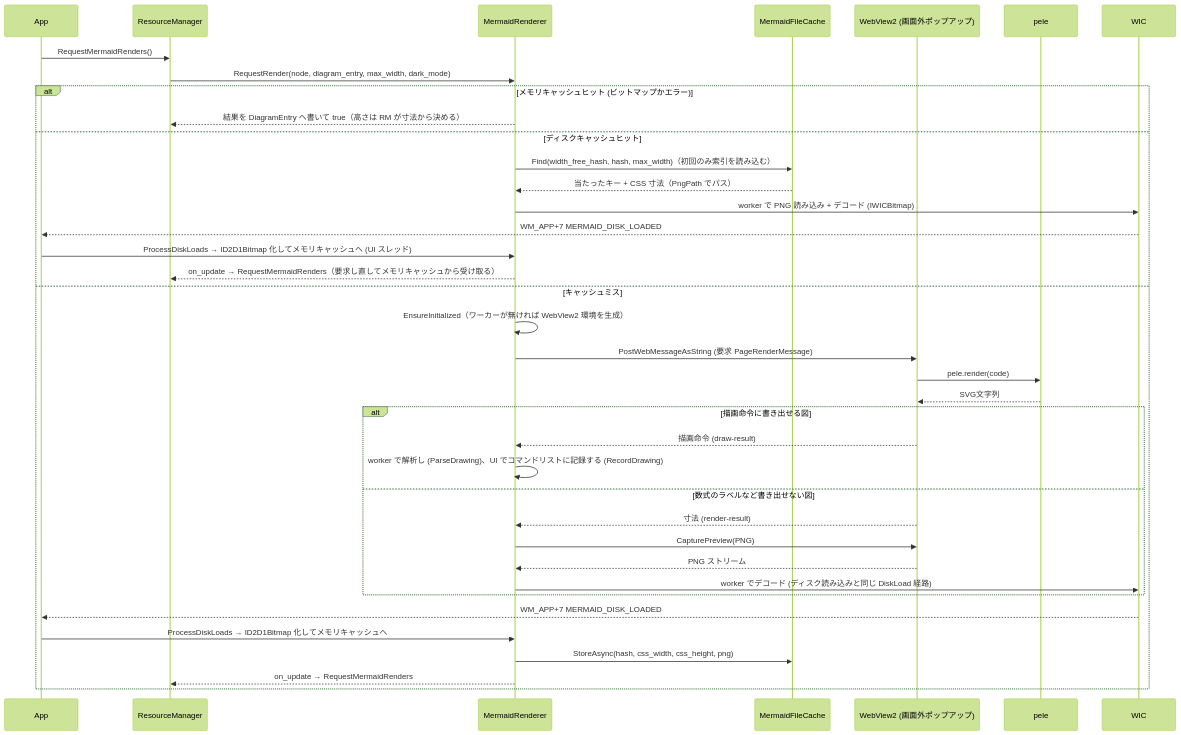
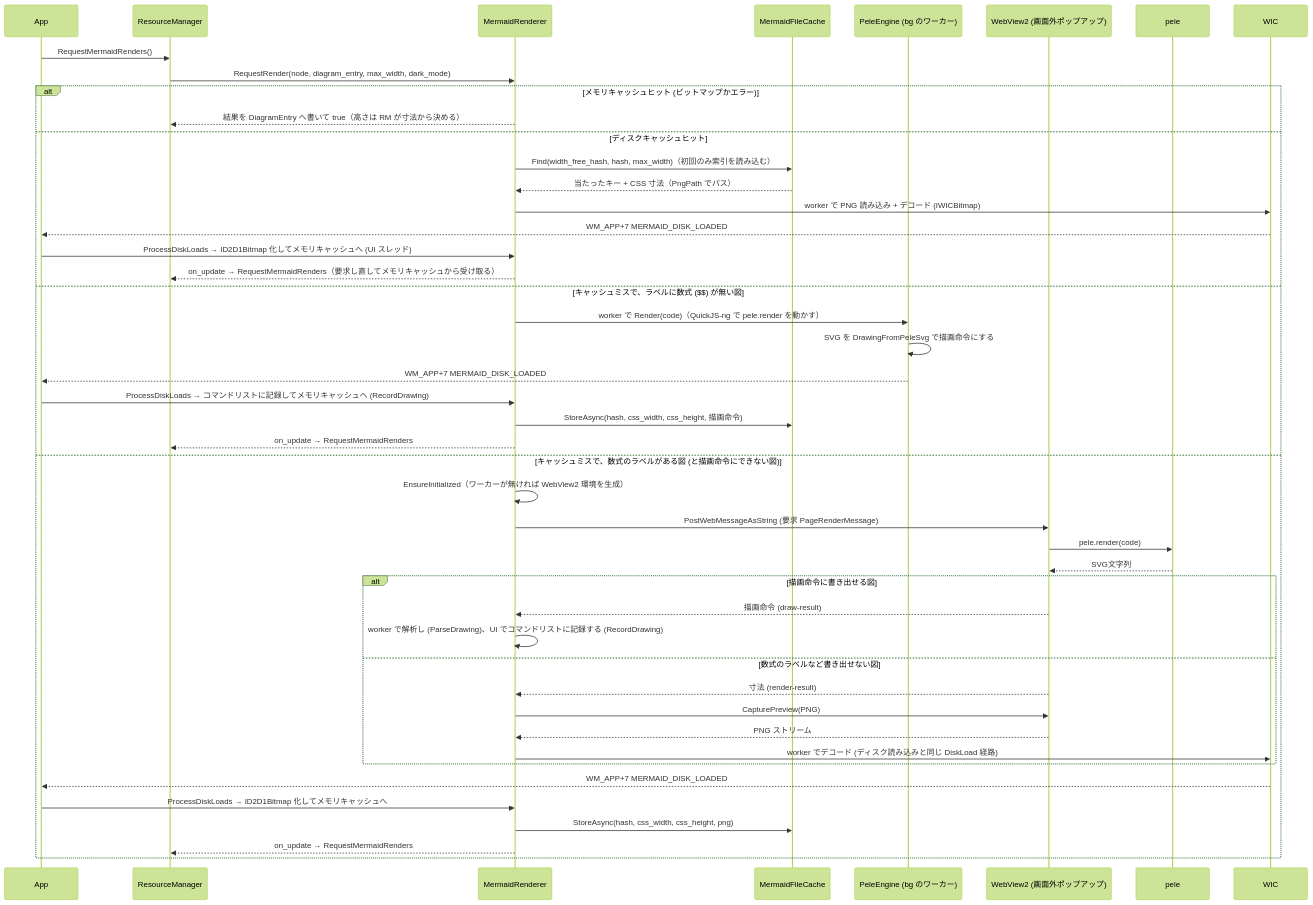
One commit to tanaton/mendo changed diagram 11 of 27 in example/test.md. Above: the diagram before and after it, drawn with Mermaid (forest theme). The commit also changed other lines of this file and 13 other files, not shown here.

````diff
--- a/example/test.md
+++ b/example/test.md
@@ -1557,41 +1557,49 @@
 ```mermaid
 sequenceDiagram
     participant APP as App
     participant RM as ResourceManager
     participant MR as MermaidRenderer
     participant FC as MermaidFileCache
+    participant PE as PeleEngine (bg のワーカー)
     participant WV as WebView2 (画面外ポップアップ)
     participant JS as pele
     participant WIC as WIC
 
     APP->>RM: RequestMermaidRenders()
     RM->>MR: RequestRender(node, diagram_entry, max_width, dark_mode)
     alt メモリキャッシュヒット (ビットマップかエラー)
         MR-->>RM: 結果を DiagramEntry へ書いて true（高さは RM が寸法から決める）
     else ディスクキャッシュヒット
         MR->>FC: Find(width_free_hash, hash, max_width)（初回のみ索引を読み込む）
         FC-->>MR: 当たったキー + CSS 寸法（PngPath でパス）
         MR->>WIC: worker で PNG 読み込み + デコード (IWICBitmap)
         WIC-->>APP: WM_APP+7 MERMAID_DISK_LOADED
         APP->>MR: ProcessDiskLoads → ID2D1Bitmap 化してメモリキャッシュへ (UI スレッド)
         MR-->>RM: on_update → RequestMermaidRenders（要求し直してメモリキャッシュから受け取る）
-    else キャッシュミス
+    else キャッシュミスで、ラベルに数式 ($$) が無い図
+        MR->>PE: worker で Render(code)（QuickJS-ng で pele.render を動かす）
+        PE->>PE: SVG を DrawingFromPeleSvg で描画命令にする
+        PE-->>APP: WM_APP+7 MERMAID_DISK_LOADED
+        APP->>MR: ProcessDiskLoads → コマンドリストに記録してメモリキャッシュへ (RecordDrawing)
+        MR->>FC: StoreAsync(hash, css_width, css_height, 描画命令)
+        MR-->>RM: on_update → RequestMermaidRenders
+    else キャッシュミスで、数式のラベルがある図 (と描画命令にできない図)
         MR->>MR: EnsureInitialized（ワーカーが無ければ WebView2 環境を生成）
         MR->>WV: PostWebMessageAsString (要求 PageRenderMessage)
         WV->>JS: pele.render(code)
         JS-->>WV: SVG文字列
         alt 描画命令に書き出せる図
             WV-->>MR: 描画命令 (draw-result)
             MR->>MR: worker で解析し (ParseDrawing)、UI でコマンドリストに記録する (RecordDrawing)
         else 数式のラベルなど書き出せない図
             WV-->>MR: 寸法 (render-result)
             MR->>WV: CapturePreview(PNG)
             WV-->>MR: PNG ストリーム
             MR->>WIC: worker でデコード (ディスク読み込みと同じ DiskLoad 経路)
         end
         WIC-->>APP: WM_APP+7 MERMAID_DISK_LOADED
         APP->>MR: ProcessDiskLoads → ID2D1Bitmap 化してメモリキャッシュへ
         MR->>FC: StoreAsync(hash, css_width, css_height, png)
         MR-->>RM: on_update → RequestMermaidRenders
     end
 ```
````
